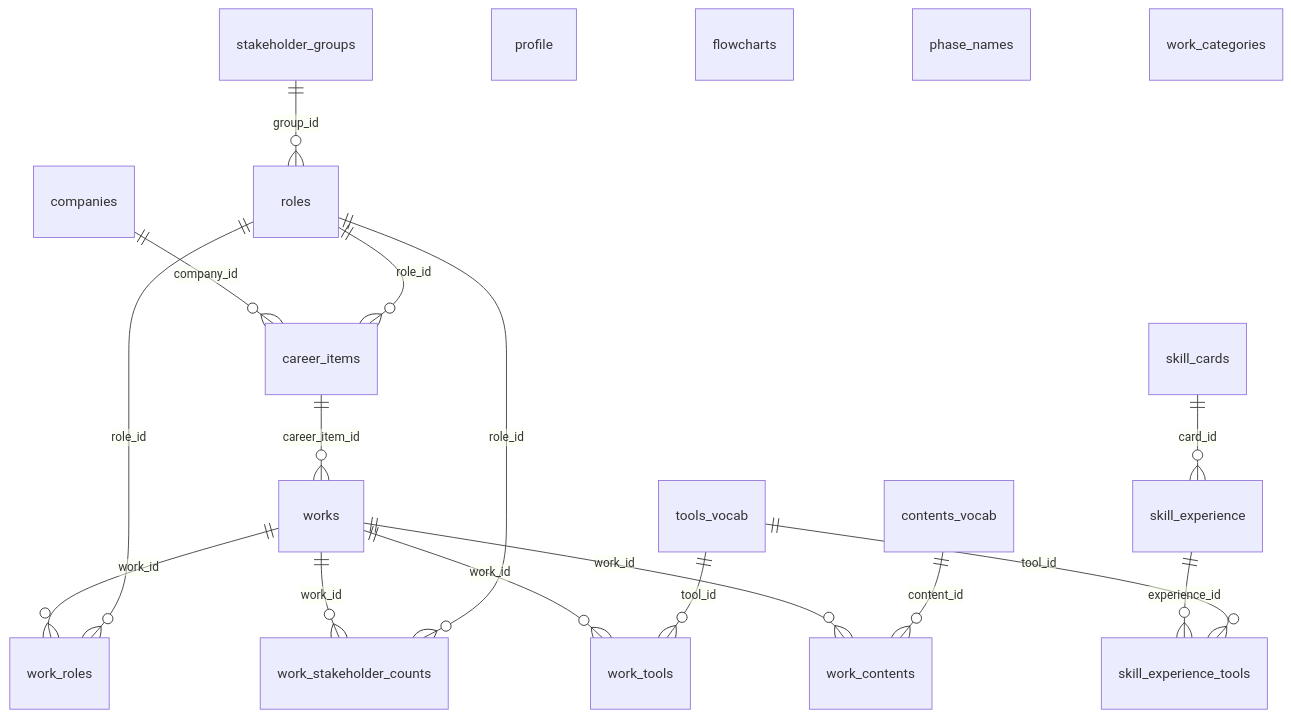
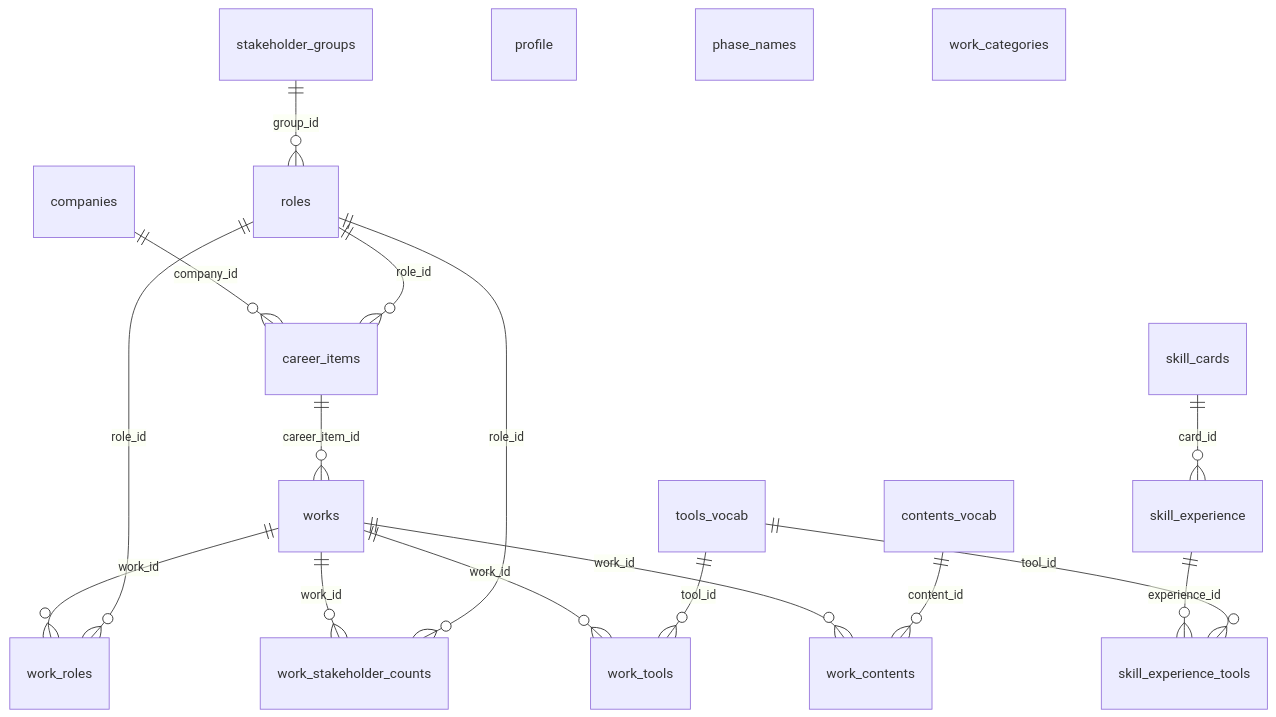
The diagram in docs/ui-tune/er.md (tommyu130403/portfolio), drawn with Mermaid before and after one commit. The commit also changed other lines of this file and 23 other files, not shown here.

````diff
--- a/docs/ui-tune/er.md
+++ b/docs/ui-tune/er.md
@@ -6,22 +6,21 @@
 ```mermaid
 erDiagram
   companies ||--o{ career_items : "company_id"
   roles ||--o{ career_items : "role_id"
   stakeholder_groups ||--o{ roles : "group_id"
   career_items ||--o{ works : "career_item_id"
   works ||--o{ work_roles : "work_id"
   roles ||--o{ work_roles : "role_id"
   works ||--o{ work_stakeholder_counts : "work_id"
   roles ||--o{ work_stakeholder_counts : "role_id"
   works ||--o{ work_tools : "work_id"
   tools_vocab ||--o{ work_tools : "tool_id"
   works ||--o{ work_contents : "work_id"
   contents_vocab ||--o{ work_contents : "content_id"
   skill_cards ||--o{ skill_experience : "card_id"
   skill_experience ||--o{ skill_experience_tools : "experience_id"
   tools_vocab ||--o{ skill_experience_tools : "tool_id"
   profile
-  flowcharts
   phase_names
   work_categories
 ```
````
